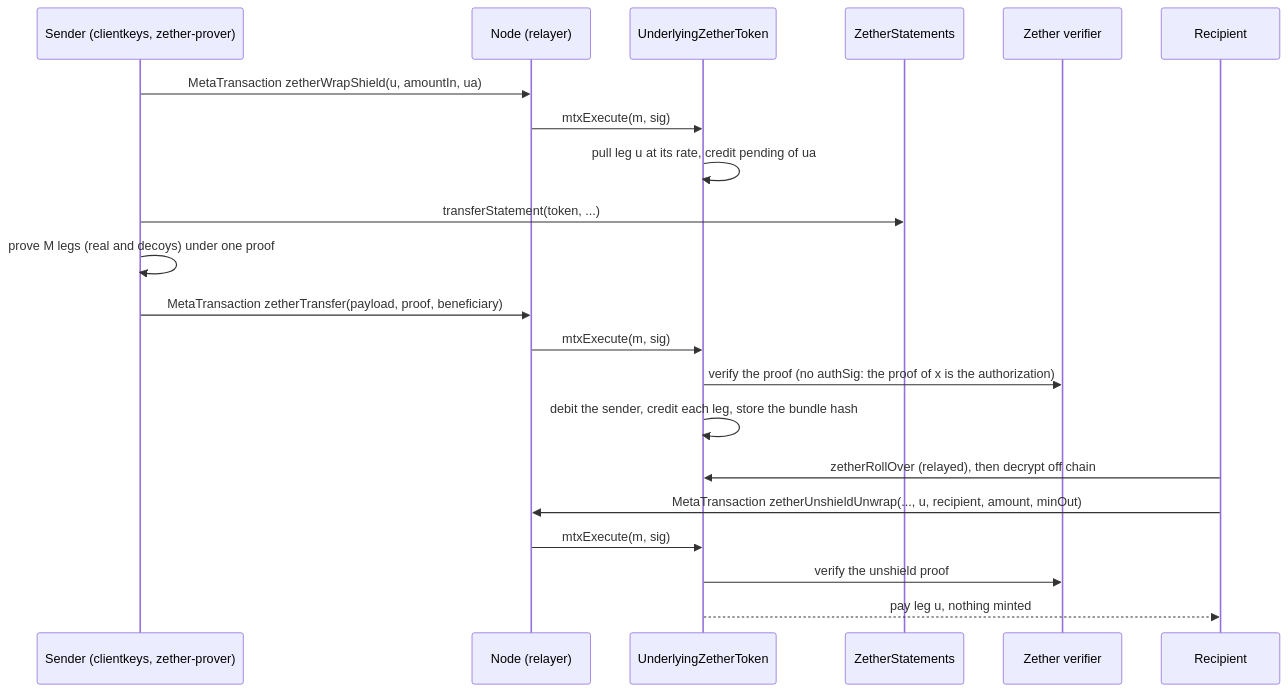
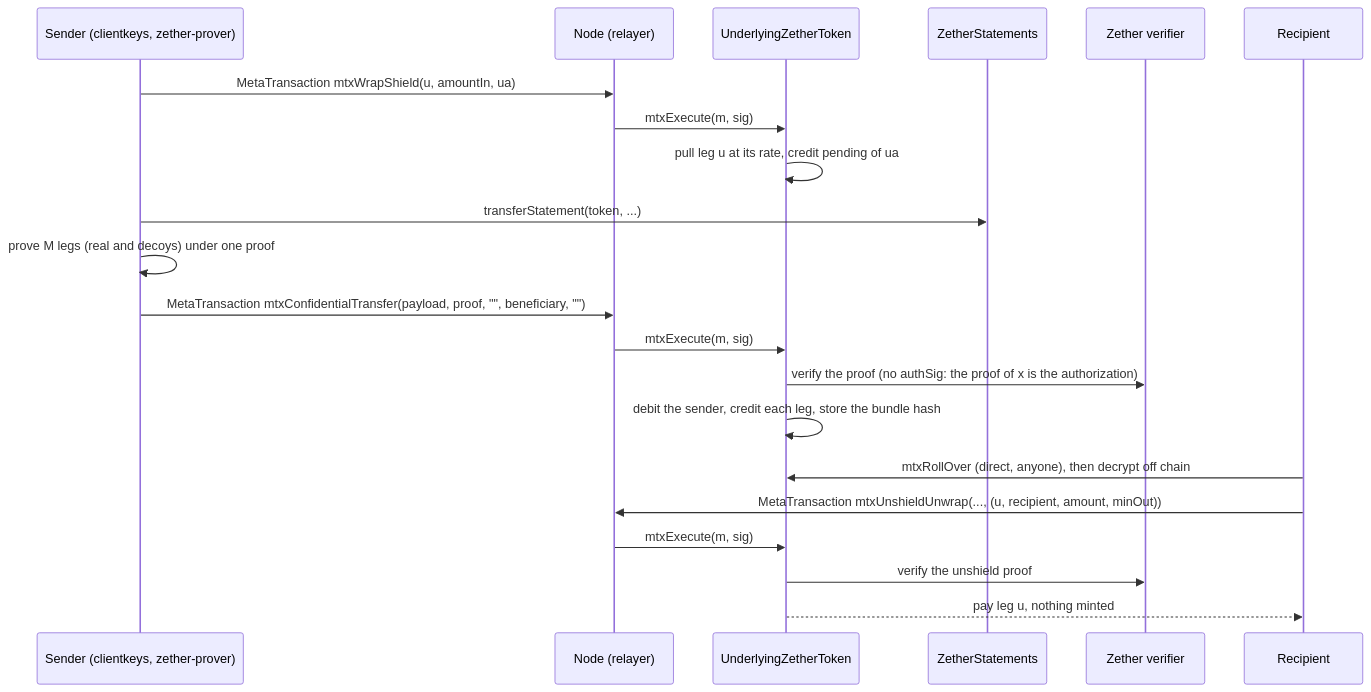
One commit to dinhduongha/scaas changed diagram 11 of 12 in docs/architecture.md. Above: the diagram before and after it, drawn with Mermaid. The commit also changed other lines of this file and 12 other files, not shown here.

First line of the commit message:
5h final fix m4 + I2/I1/m3 docs: mtx* names, 5h gas numbers, Zether decoyFee as built, ACC_MARK, UA-5c status

````diff
--- a/docs/architecture.md
+++ b/docs/architecture.md
@@ -747,23 +747,23 @@
 ```mermaid
 sequenceDiagram
     participant SND as Sender (clientkeys, zether-prover)
     participant RLY as Node (relayer)
     participant TOK as UnderlyingZetherToken
     participant STM as ZetherStatements
     participant VER as Zether verifier
     participant RCV as Recipient
-    SND->>RLY: MetaTransaction zetherWrapShield(u, amountIn, ua)
+    SND->>RLY: MetaTransaction mtxWrapShield(u, amountIn, ua)
     RLY->>TOK: mtxExecute(m, sig)
     TOK->>TOK: pull leg u at its rate, credit pending of ua
     SND->>STM: transferStatement(token, ...)
     SND->>SND: prove M legs (real and decoys) under one proof
-    SND->>RLY: MetaTransaction zetherTransfer(payload, proof, beneficiary)
+    SND->>RLY: MetaTransaction mtxConfidentialTransfer(payload, proof, "", beneficiary, "")
     RLY->>TOK: mtxExecute(m, sig)
     TOK->>VER: verify the proof (no authSig: the proof of x is the authorization)
     TOK->>TOK: debit the sender, credit each leg, store the bundle hash
-    RCV->>TOK: zetherRollOver (relayed), then decrypt off chain
-    RCV->>RLY: MetaTransaction zetherUnshieldUnwrap(..., u, recipient, amount, minOut)
+    RCV->>TOK: mtxRollOver (direct, anyone), then decrypt off chain
+    RCV->>RLY: MetaTransaction mtxUnshieldUnwrap(..., (u, recipient, amount, minOut))
     RLY->>TOK: mtxExecute(m, sig)
     TOK->>VER: verify the unshield proof
     TOK-->>RCV: pay leg u, nothing minted
 ```
````
